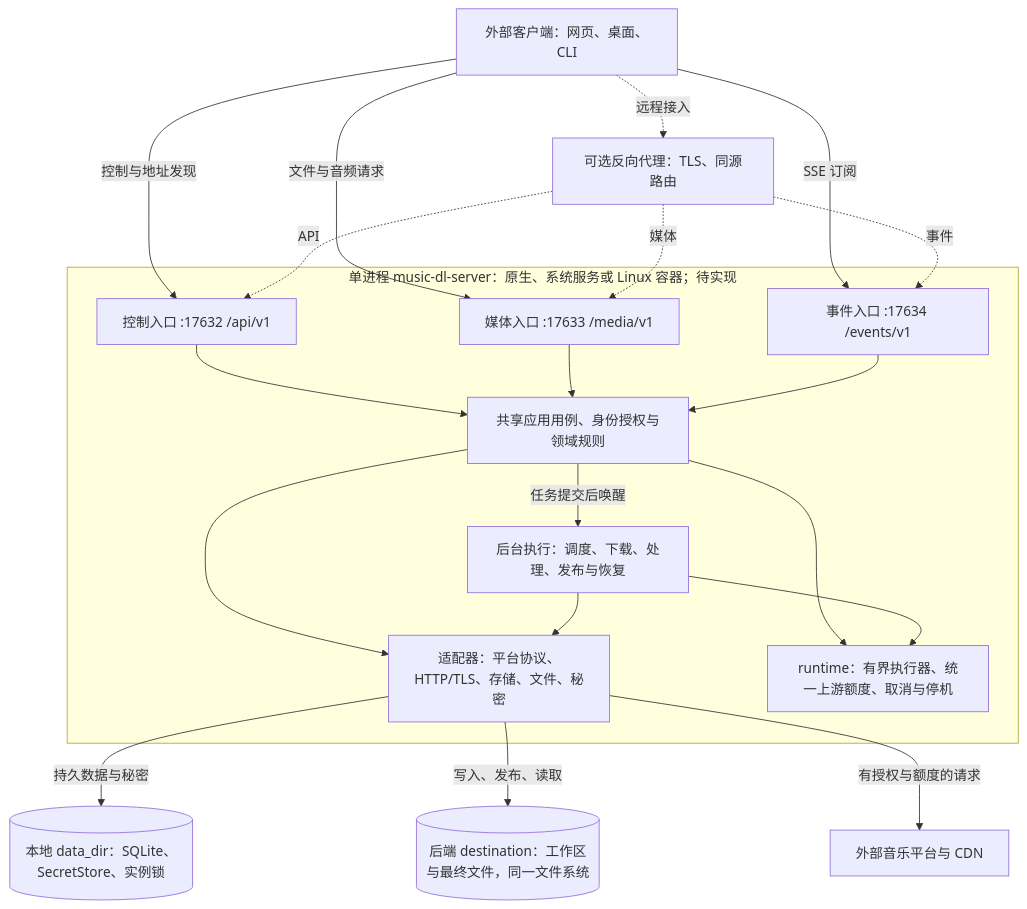
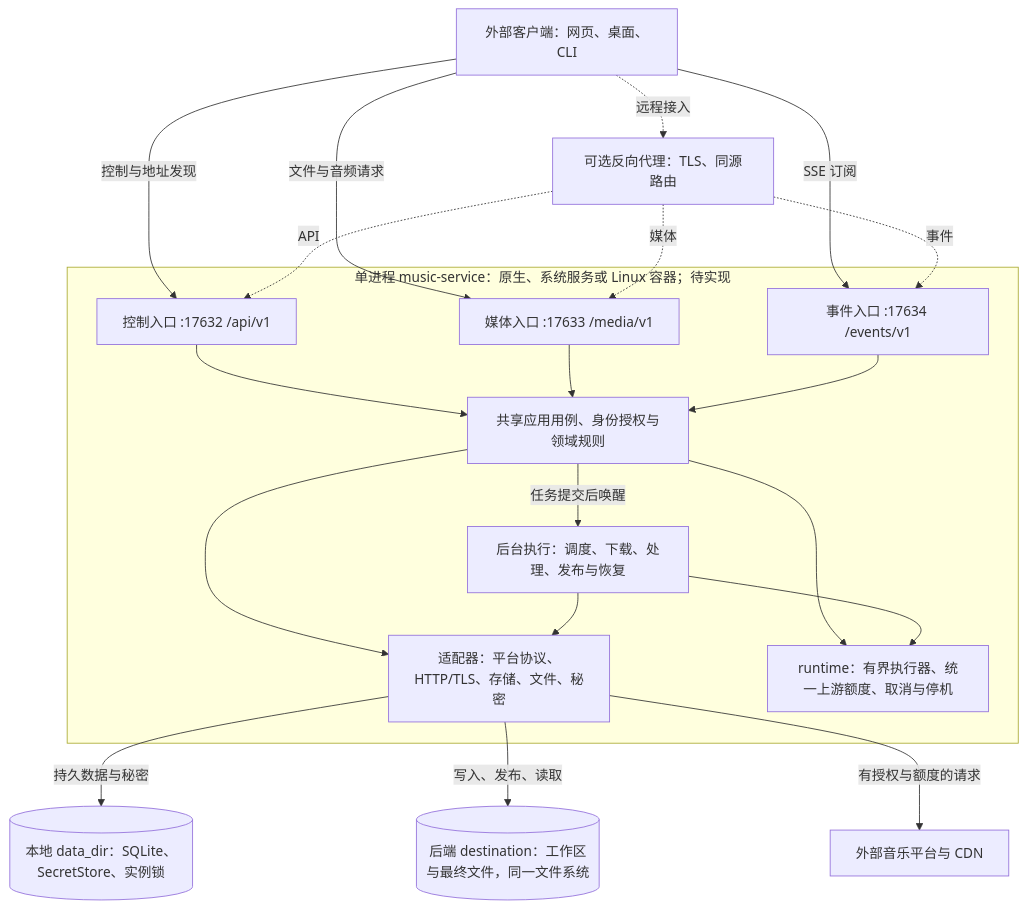
The diagram in docs/design/cpp20-refactor/architecture.md (ddmoyu/music-service), drawn with Mermaid before and after one commit. The commit also changed 81 other files, not shown here.

First line of the commit message:
refactor: rename the project to music-service

````diff
--- a/docs/design/cpp20-refactor/architecture.md
+++ b/docs/design/cpp20-refactor/architecture.md
@@ -46,35 +46,35 @@
 ```mermaid
 flowchart TB
     clients["外部客户端：网页、桌面、CLI"]
     proxy["可选反向代理：TLS、同源路由"]
     clients -.->|"远程接入"| proxy
-    subgraph processBoundary["单进程 music-dl-server：原生、系统服务或 Linux 容器；待实现"]
+    subgraph processBoundary["单进程 music-service：原生、系统服务或 Linux 容器；待实现"]
         control["控制入口 :17632 /api/v1"]
         media["媒体入口 :17633 /media/v1"]
         events["事件入口 :17634 /events/v1"]
         application["共享应用用例、身份授权与领域规则"]
         execution["后台执行：调度、下载、处理、发布与恢复"]
         adapters["适配器：平台协议、HTTP/TLS、存储、文件、秘密"]
         runtime["runtime：有界执行器、统一上游额度、取消与停机"]
     end
     clients -->|"控制与地址发现"| control
     clients -->|"文件与音频请求"| media
     clients -->|"SSE 订阅"| events
     proxy -.->|"API"| control
     proxy -.->|"媒体"| media
     proxy -.->|"事件"| events
     control --> application
     media --> application
     events --> application
     application -->|"任务提交后唤醒"| execution
     application --> adapters
     execution --> adapters
     application --> runtime
     execution --> runtime
     dataStore[("本地 data_dir：SQLite、SecretStore、实例锁")]
     destination[("后端 destination：工作区与最终文件，同一文件系统")]
     upstream["外部音乐平台与 CDN"]
     adapters -->|"持久数据与秘密"| dataStore
     adapters -->|"写入、发布、读取"| destination
     adapters -->|"有授权与额度的请求"| upstream
 ```
````
